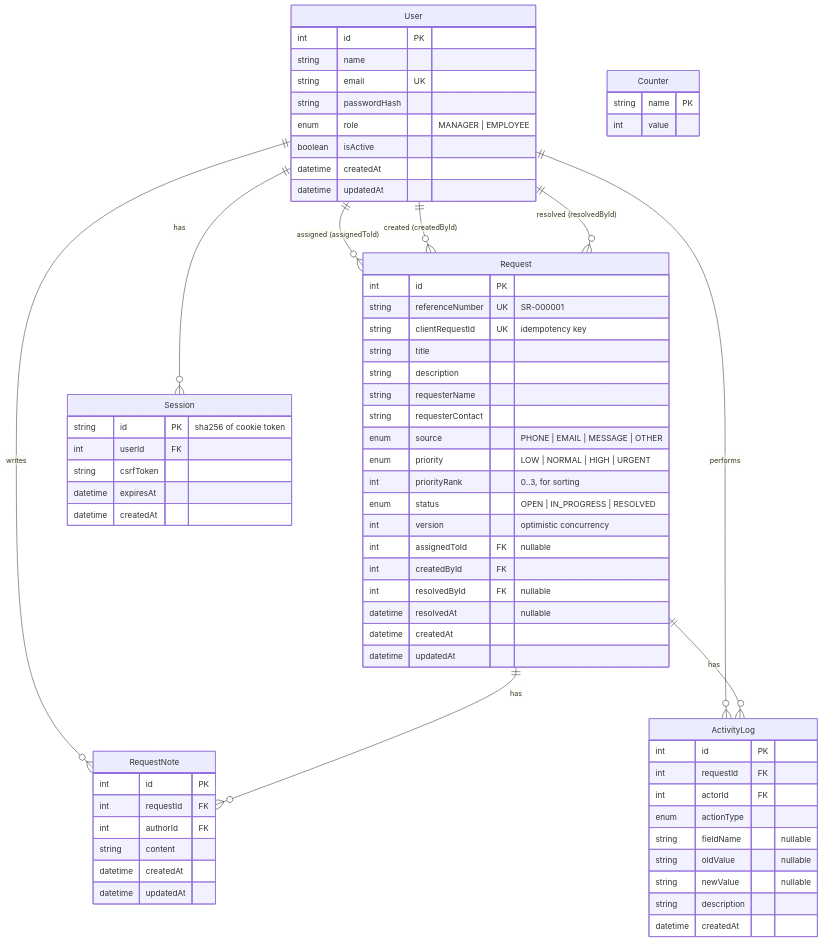
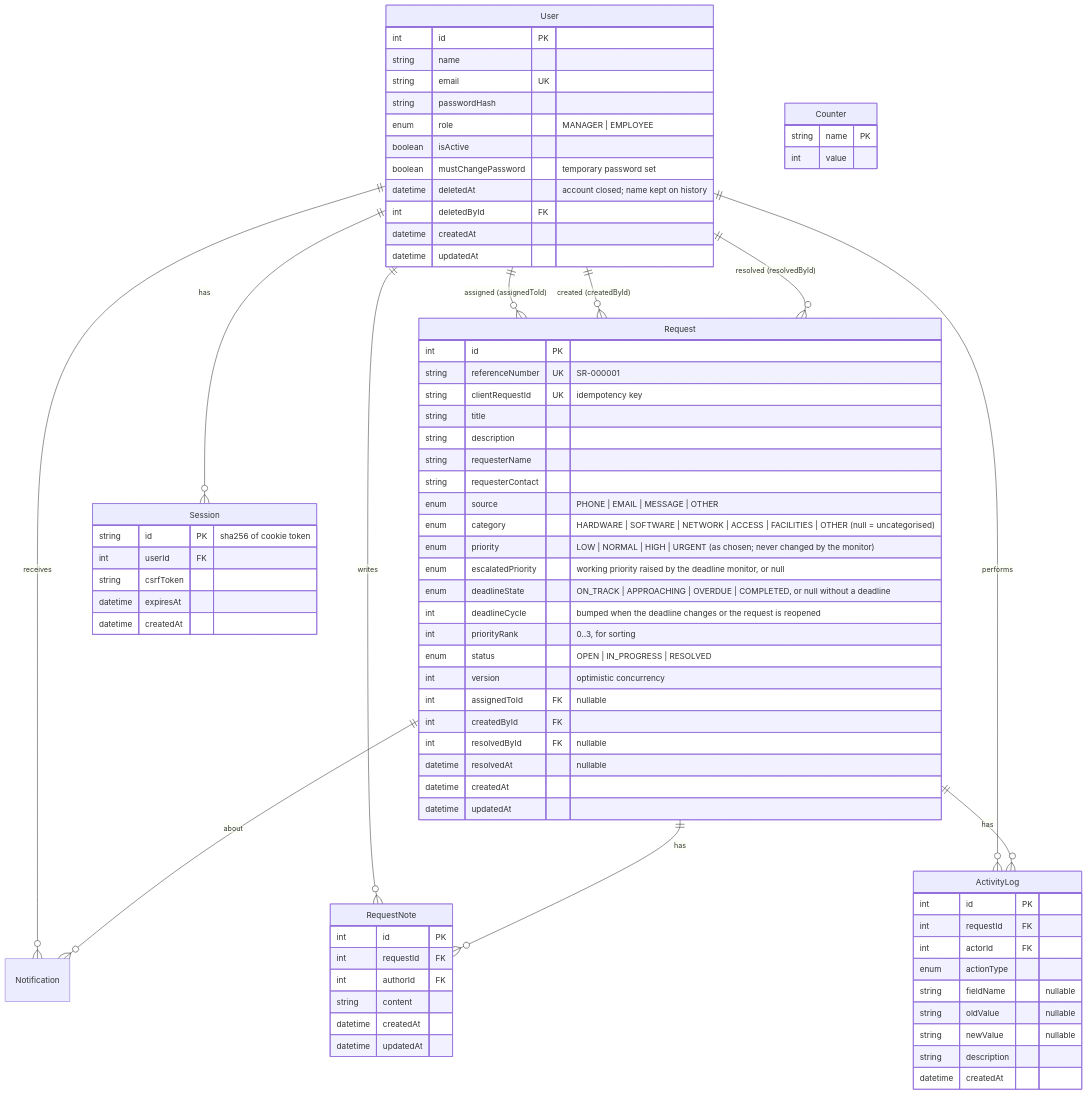
One commit to DeanHasani/Service-Requests-Organizer changed the diagram in docs/database.md. Above: the diagram before and after it, drawn with Mermaid. The commit also changed other lines of this file and 48 other files, not shown here.

````diff
--- a/docs/database.md
+++ b/docs/database.md
@@ -7,72 +7,81 @@
 ```mermaid
 erDiagram
   User ||--o{ Request : "assigned (assignedToId)"
   User ||--o{ Request : "created (createdById)"
   User ||--o{ Request : "resolved (resolvedById)"
   User ||--o{ RequestNote : writes
   User ||--o{ ActivityLog : performs
   User ||--o{ Session : has
+  User ||--o{ Notification : receives
+  Request ||--o{ Notification : about
   Request ||--o{ RequestNote : has
   Request ||--o{ ActivityLog : has
 
   User {
     int id PK
     string name
     string email UK
     string passwordHash
     enum role "MANAGER | EMPLOYEE"
     boolean isActive
+    boolean mustChangePassword "temporary password set"
+    datetime deletedAt "account closed; name kept on history"
+    int deletedById FK
     datetime createdAt
     datetime updatedAt
   }
   Request {
     int id PK
     string referenceNumber UK "SR-000001"
     string clientRequestId UK "idempotency key"
     string title
     string description
     string requesterName
     string requesterContact
     enum source "PHONE | EMAIL | MESSAGE | OTHER"
-    enum priority "LOW | NORMAL | HIGH | URGENT"
+    enum category "HARDWARE | SOFTWARE | NETWORK | ACCESS | FACILITIES | OTHER (null = uncategorised)"
+    enum priority "LOW | NORMAL | HIGH | URGENT (as chosen; never changed by the monitor)"
+    enum escalatedPriority "working priority raised by the deadline monitor, or null"
+    enum deadlineState "ON_TRACK | APPROACHING | OVERDUE | COMPLETED, or null without a deadline"
+    int deadlineCycle "bumped when the deadline changes or the request is reopened"
     int priorityRank "0..3, for sorting"
     enum status "OPEN | IN_PROGRESS | RESOLVED"
     int version "optimistic concurrency"
     int assignedToId FK "nullable"
     int createdById FK
     int resolvedById FK "nullable"
     datetime resolvedAt "nullable"
     datetime createdAt
     datetime updatedAt
   }
   RequestNote {
     int id PK
     int requestId FK
     int authorId FK
     string content
     datetime createdAt
     datetime updatedAt
   }
   ActivityLog {
     int id PK
     int requestId FK
     int actorId FK
     enum actionType
     string fieldName "nullable"
     string oldValue "nullable"
     string newValue "nullable"
     string description
     datetime createdAt
   }
   Session {
     string id PK "sha256 of cookie token"
     int userId FK
     string csrfToken
     datetime expiresAt
     datetime createdAt
   }
   Counter {
     string name PK
     int value
   }
 ```
````
